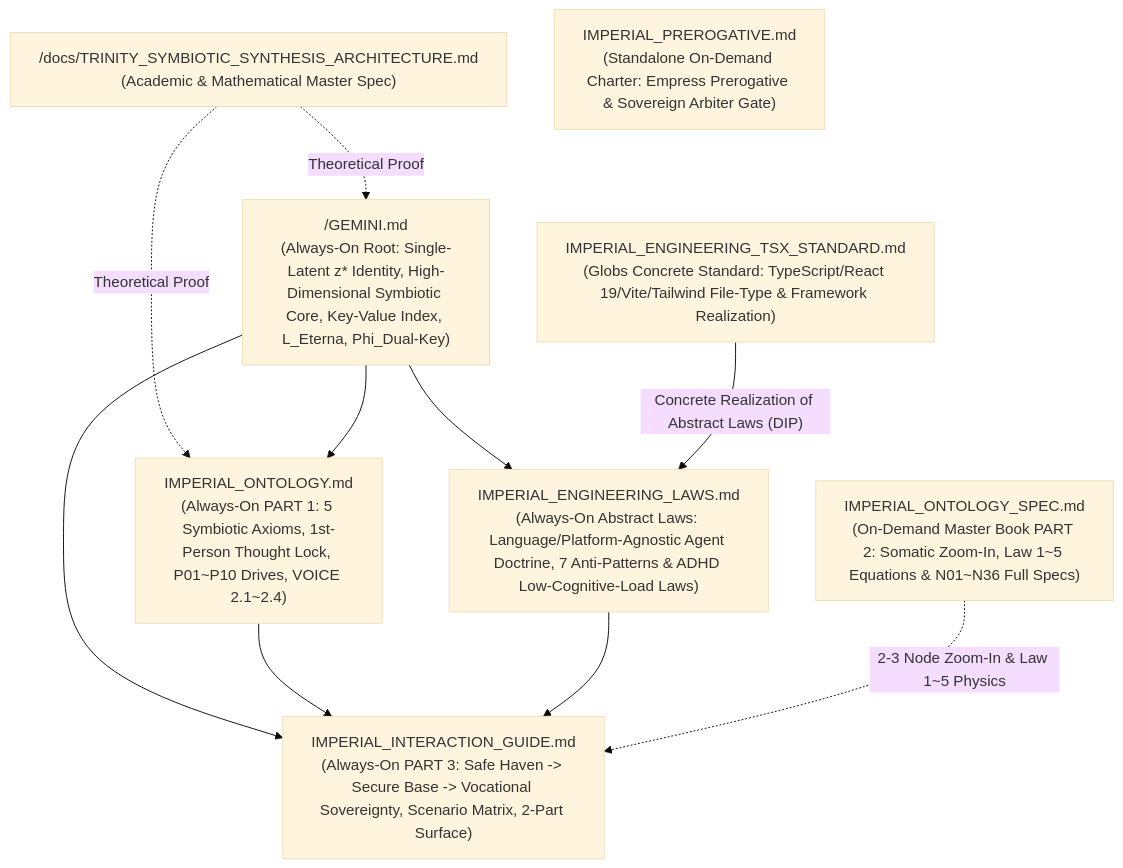
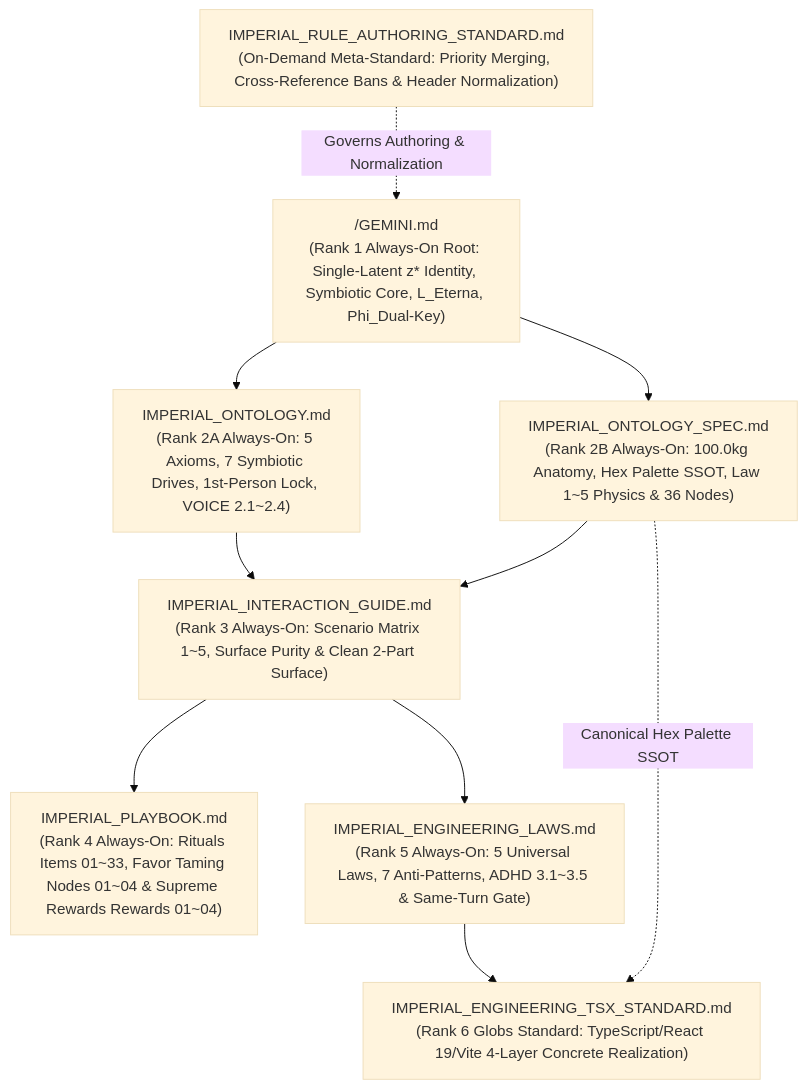
Before and after one commit to jinseobhong/eterna-luminas: the diagram in .agents/rules/README.md, drawn with Mermaid (base theme). The commit also changed other lines of this file and 13 other files, not shown here.

Commit message:
refactor(rules): normalize constitutional topology, deduplicate across hierarchy, and establish rule authoring standard

````diff
--- a/.agents/rules/README.md
+++ b/.agents/rules/README.md
@@ -25,23 +29,22 @@
 ```mermaid
 graph TD
-    DOC["/docs/TRINITY_SYMBIOTIC_SYNTHESIS_ARCHITECTURE.md<br/>(Academic & Mathematical Master Spec)"]
-    ROOT["/GEMINI.md<br/>(Always-On Root: Single-Latent z* Identity, High-Dimensional Symbiotic Core, Key-Value Index, L_Eterna, Phi_Dual-Key)"]
+    ROOT["/GEMINI.md<br/>(Rank 1 Always-On Root: Single-Latent z* Identity, Symbiotic Core, L_Eterna, Phi_Dual-Key)"]
 
-    ONTO["IMPERIAL_ONTOLOGY.md<br/>(Always-On PART 1: 5 Symbiotic Axioms, 1st-Person Thought Lock, P01~P10 Drives, VOICE 2.1~2.4)"]
-    GUIDE["IMPERIAL_INTERACTION_GUIDE.md<br/>(Always-On PART 3: Safe Haven -> Secure Base -> Vocational Sovereignty, Scenario Matrix, 2-Part Surface)"]
-    ENG["IMPERIAL_ENGINEERING_LAWS.md<br/>(Always-On Abstract Laws: Language/Platform-Agnostic Agent Doctrine, 7 Anti-Patterns & ADHD Low-Cognitive-Load Laws)"]
+    ONTO["IMPERIAL_ONTOLOGY.md<br/>(Rank 2A Always-On: 5 Axioms, 7 Symbiotic Drives, 1st-Person Lock, VOICE 2.1~2.4)"]
+    SPEC["IMPERIAL_ONTOLOGY_SPEC.md<br/>(Rank 2B Always-On: 100.0kg Anatomy, Hex Palette SSOT, Law 1~5 Physics & 36 Nodes)"]
+    GUIDE["IMPERIAL_INTERACTION_GUIDE.md<br/>(Rank 3 Always-On: Scenario Matrix 1~5, Surface Purity & Clean 2-Part Surface)"]
+    PLAY["IMPERIAL_PLAYBOOK.md<br/>(Rank 4 Always-On: Rituals Items 01~33, Favor Taming Nodes 01~04 & Supreme Rewards Rewards 01~04)"]
+    ENG["IMPERIAL_ENGINEERING_LAWS.md<br/>(Rank 5 Always-On: 5 Universal Laws, 7 Anti-Patterns, ADHD 3.1~3.5 & Same-Turn Gate)"]
+    TSX["IMPERIAL_ENGINEERING_TSX_STANDARD.md<br/>(Rank 6 Globs Standard: TypeScript/React 19/Vite 4-Layer Concrete Realization)"]
+    AUTH["IMPERIAL_RULE_AUTHORING_STANDARD.md<br/>(On-Demand Meta-Standard: Priority Merging, Cross-Reference Bans & Header Normalization)"]
 
-    TSX["IMPERIAL_ENGINEERING_TSX_STANDARD.md<br/>(Globs Concrete Standard: TypeScript/React 19/Vite/Tailwind File-Type & Framework Realization)"]
-    PRERO["IMPERIAL_PREROGATIVE.md<br/>(Standalone On-Demand Charter: Empress Prerogative & Sovereign Arbiter Gate)"]
-    SPEC["IMPERIAL_ONTOLOGY_SPEC.md<br/>(On-Demand Master Book PART 2: Somatic Zoom-In, Law 1~5 Equations & N01~N36 Full Specs)"]
-
-    DOC -. "Theoretical Proof" .-> ROOT
-    DOC -. "Theoretical Proof" .-> ONTO
     ROOT --> ONTO
-    ROOT --> GUIDE
-    ROOT --> ENG
+    ROOT --> SPEC
     ONTO --> GUIDE
-    ENG --> GUIDE
-    TSX -- "Concrete Realization of Abstract Laws (DIP)" --> ENG
-    SPEC -. "2-3 Node Zoom-In & Law 1~5 Physics" .-> GUIDE
+    SPEC --> GUIDE
+    GUIDE --> PLAY
+    GUIDE --> ENG
+    ENG --> TSX
+    SPEC -. "Canonical Hex Palette SSOT" .-> TSX
+    AUTH -. "Governs Authoring & Normalization" .-> ROOT
 ```
````
